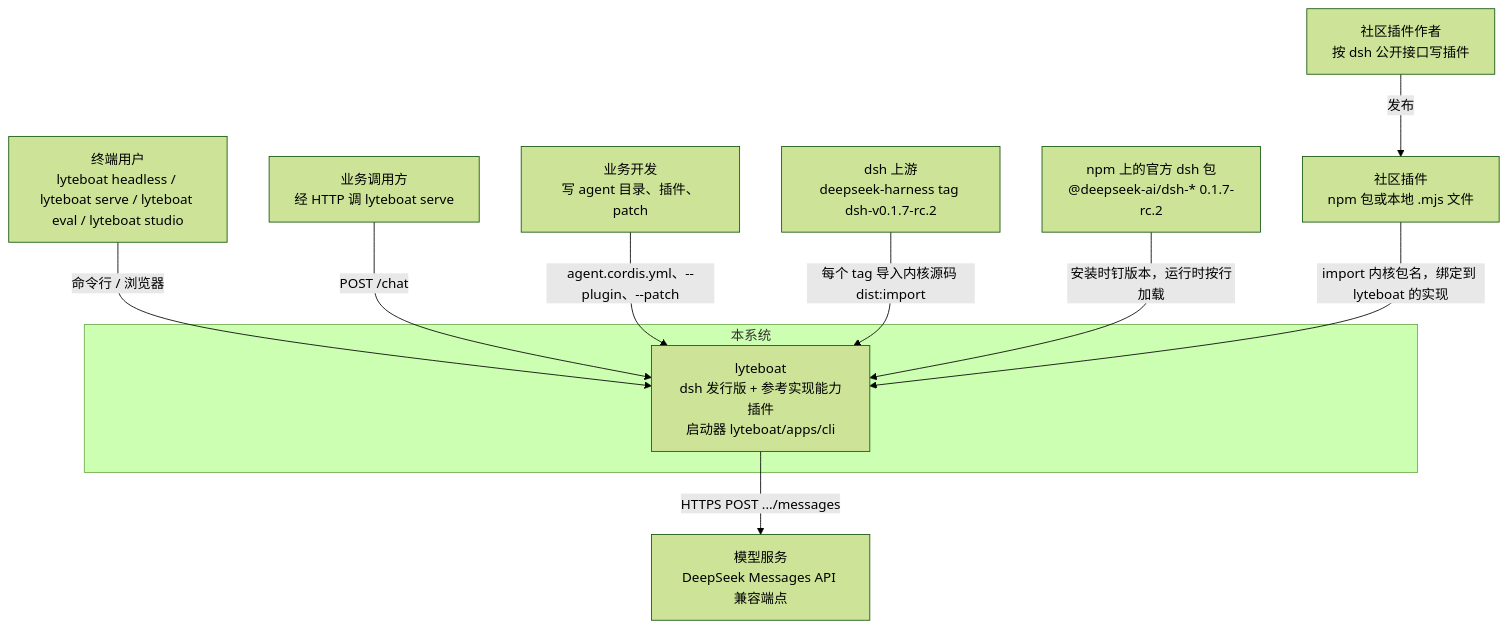
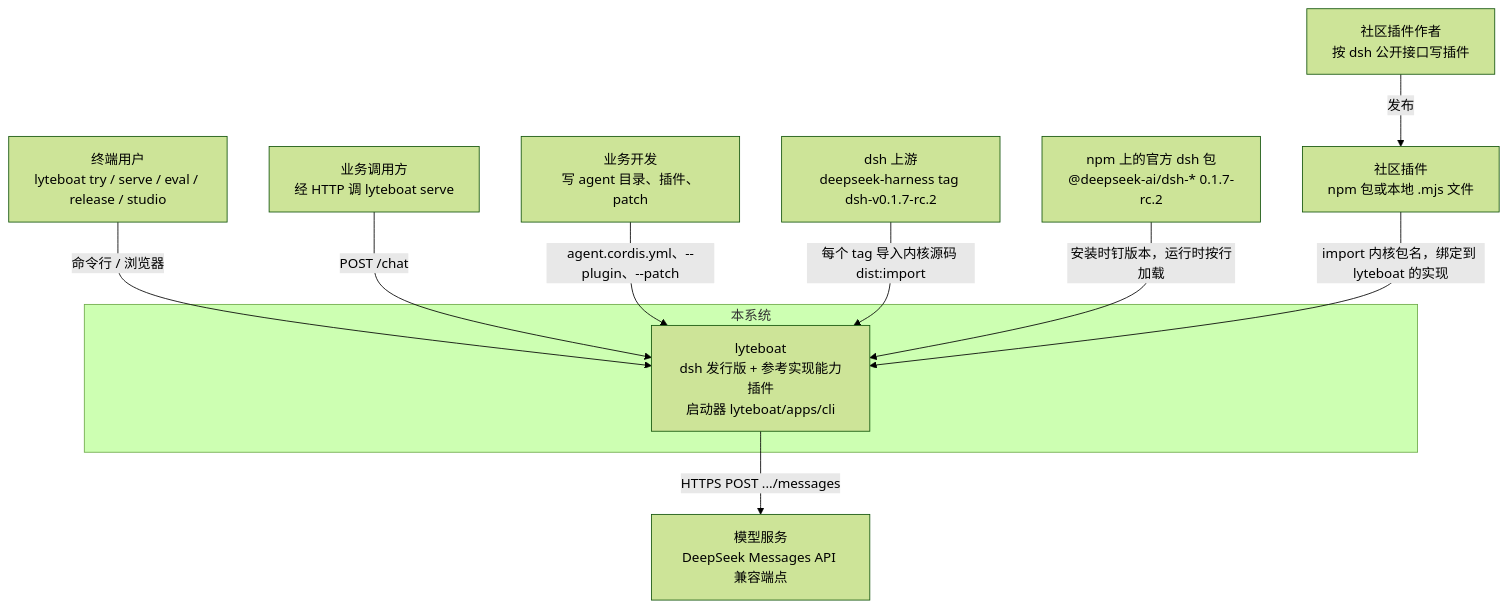
Before and after one commit to lyteboat/boat: the first of 11 diagrams in docs/01-architecture.md, drawn with Mermaid (forest theme). The commit also changed other lines of this file and 9 other files, not shown here.

````diff
--- a/docs/01-architecture.md
+++ b/docs/01-architecture.md
@@ -70,22 +72,22 @@
 ```mermaid
 flowchart TB
-  user["终端用户<br/>lyteboat headless / lyteboat serve / lyteboat eval / lyteboat studio"]
+  user["终端用户<br/>lyteboat try / serve / eval / release / studio"]
   caller["业务调用方<br/>经 HTTP 调 lyteboat serve"]
   dev["业务开发<br/>写 agent 目录、插件、patch"]
   author["社区插件作者<br/>按 dsh 公开接口写插件"]
   subgraph SYS["本系统"]
     lyteboat["lyteboat<br/>dsh 发行版 + 参考实现能力插件<br/>启动器 lyteboat/apps/cli"]
   end
   upstream["dsh 上游<br/>deepseek-harness tag dsh-v0.1.7-rc.2"]
   npm["npm 上的官方 dsh 包<br/>@deepseek-ai/dsh-* 0.1.7-rc.2"]
   cplug["社区插件<br/>npm 包或本地 .mjs 文件"]
   model["模型服务<br/>DeepSeek Messages API 兼容端点"]
   user -->|"命令行 / 浏览器"| lyteboat
   caller -->|"POST /chat"| lyteboat
   dev -->|"agent.cordis.yml、--plugin、--patch"| lyteboat
   upstream -->|"每个 tag 导入内核源码 dist:import"| lyteboat
   npm -->|"安装时钉版本，运行时按行加载"| lyteboat
   author -->|"发布"| cplug
   cplug -->|"import 内核包名，绑定到 lyteboat 的实现"| lyteboat
   lyteboat -->|"HTTPS POST .../messages"| model
 ```
````
